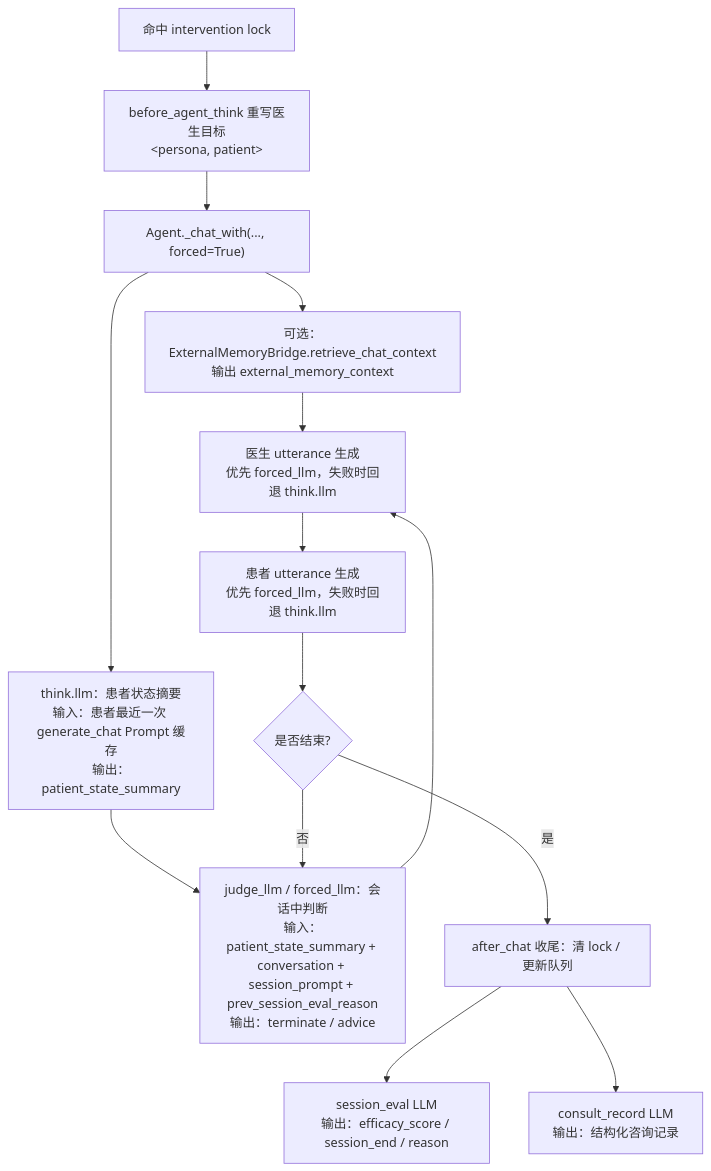
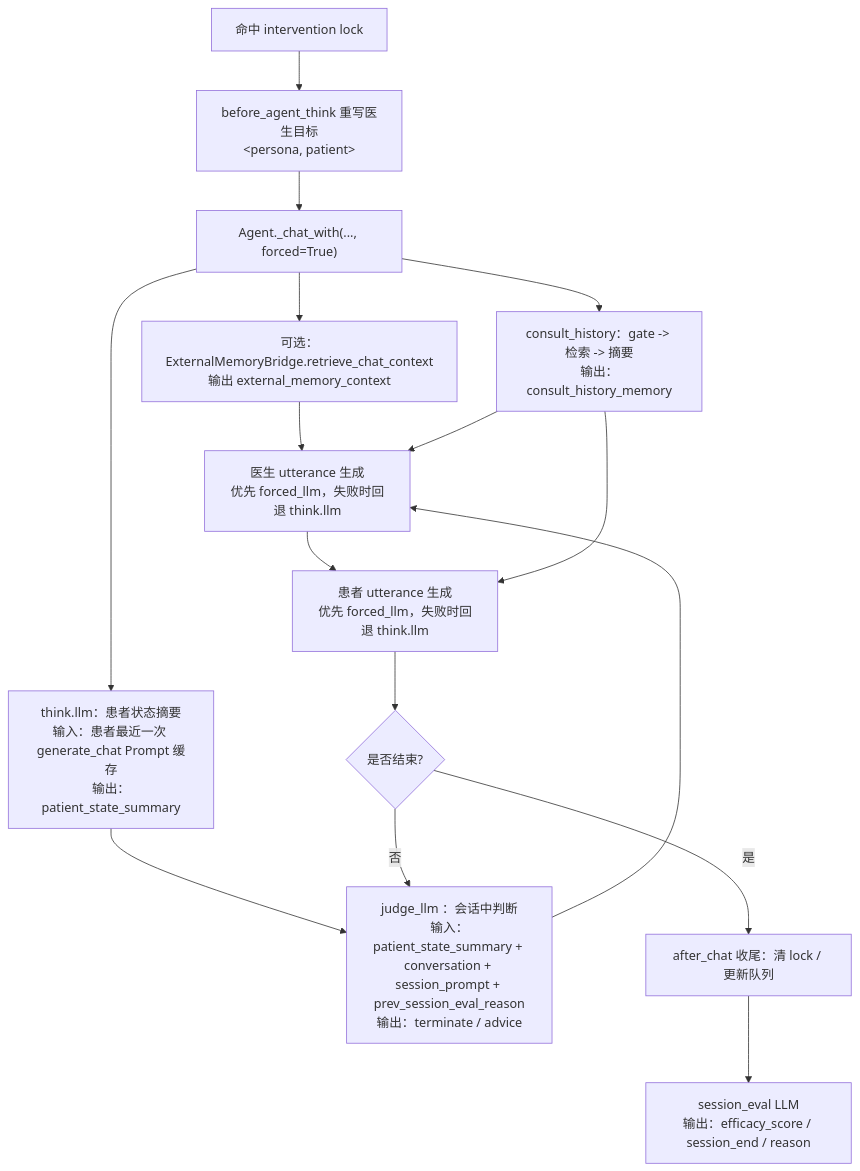
The third of 4 diagrams in README.md (MUSE-Lab-SZU/generative_agents), drawn with Mermaid before and after one commit. The commit also changed other lines of this file and 11 other files, not shown here.

````diff
--- a/README.md
+++ b/README.md
@@ -418,16 +507,18 @@
 ```mermaid
 flowchart TD
     A["命中 intervention lock"] --> B["before_agent_think 重写医生目标<br/>&lt;persona, patient&gt;"]
     B --> C["Agent._chat_with(..., forced=True)"]
     C --> D["可选：ExternalMemoryBridge.retrieve_chat_context<br/>输出 external_memory_context"]
     C --> E["think.llm：患者状态摘要<br/>输入：患者最近一次 generate_chat Prompt 缓存<br/>输出：patient_state_summary"]
-    E --> F["judge_llm / forced_llm：会话中判断<br/>输入：patient_state_summary + conversation + session_prompt + prev_session_eval_reason<br/>输出：terminate / advice"]
-    D --> G["医生 utterance 生成<br/>优先 forced_llm，失败时回退 think.llm"]
-    F --> G
-    G --> H["患者 utterance 生成<br/>优先 forced_llm，失败时回退 think.llm"]
-    H --> I{"是否结束?"}
-    I -- 否 --> F
-    I -- 是 --> J["after_chat 收尾：清 lock / 更新队列"]
-    J --> K["session_eval LLM<br/>输出：efficacy_score / session_end / reason"]
-    J --> L["consult_record LLM<br/>输出：结构化咨询记录"]
+    E --> F["judge_llm ：会话中判断<br/>输入：patient_state_summary + conversation + session_prompt + prev_session_eval_reason<br/>输出：terminate / advice"]
+    C --> G["consult_history：gate -> 检索 -> 摘要<br/>输出：consult_history_memory"]
+    D --> H["医生 utterance 生成<br/>优先 forced_llm，失败时回退 think.llm"]
+    F --> H
+    G --> H
+    H --> I["患者 utterance 生成<br/>优先 forced_llm，失败时回退 think.llm"]
+    G --> I
+    I --> J{"是否结束?"}
+    J -- 否 --> F
+    J -- 是 --> K["after_chat 收尾：清 lock / 更新队列"]
+    K --> L["session_eval LLM<br/>输出：efficacy_score / session_end / reason"]
 ```
````
